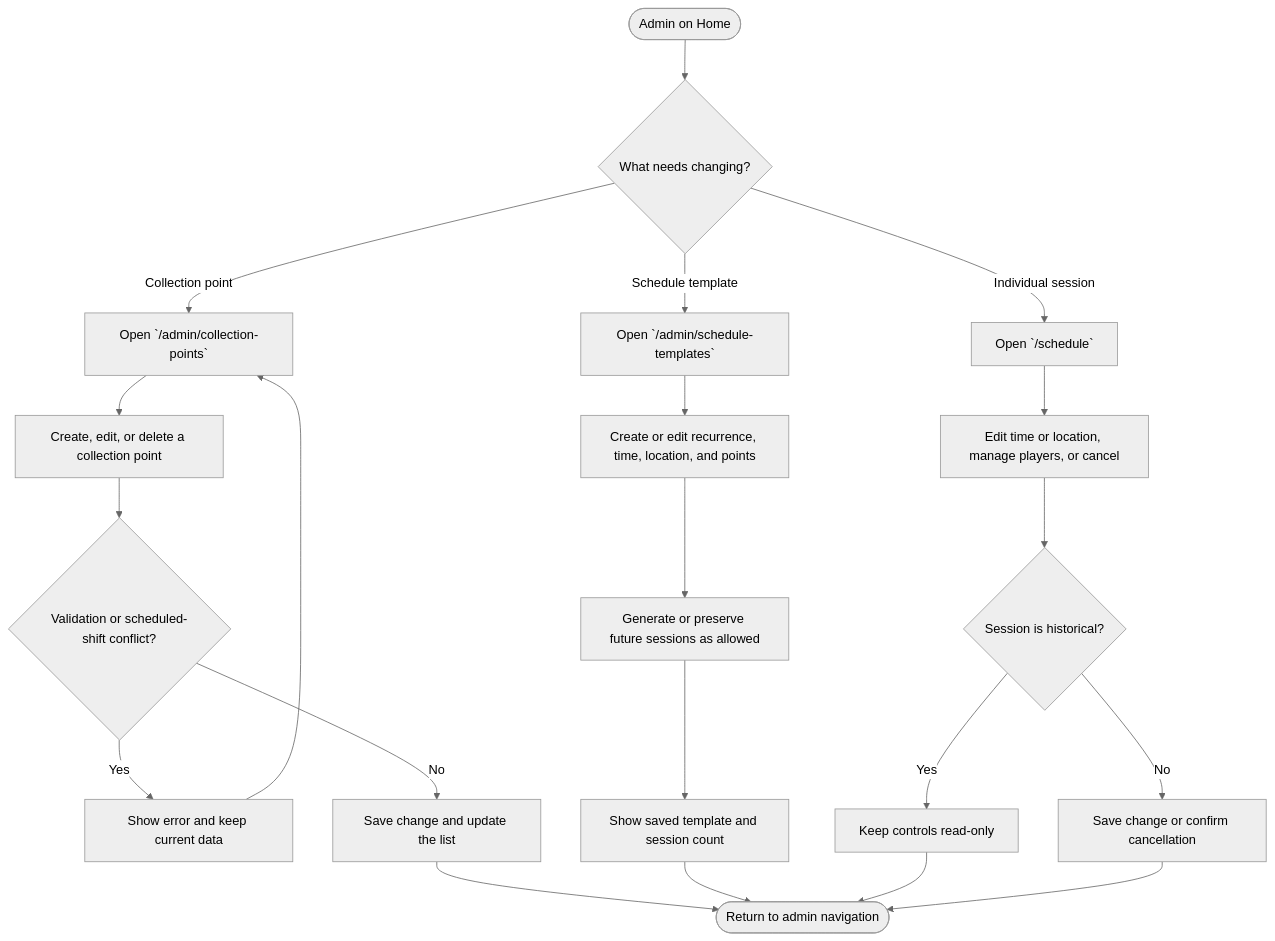
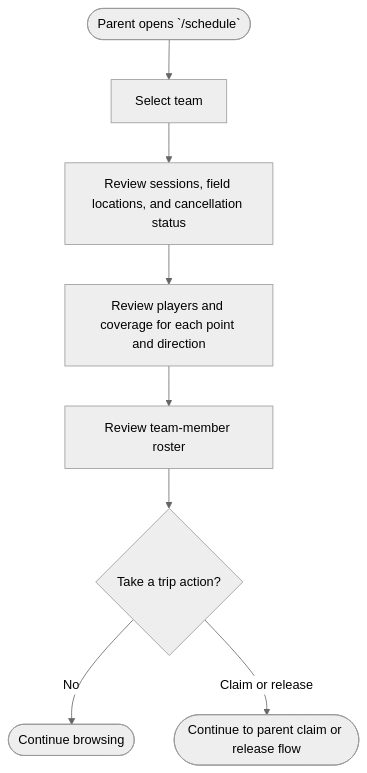
Diagram 17 of 21 in docs/flow-charts.md (kazes5/soccer), drawn with Mermaid (neutral theme) before and after one commit. The commit also changed other lines of this file and 1 other file, not shown here.

Commit message:
Split admin and parent flows and refine Hebrew copy

````diff
--- a/docs/flow-charts.md
+++ b/docs/flow-charts.md
@@ -85,23 +326,10 @@
 ```mermaid
 flowchart TD
-    A([Admin on Home]) --> B{What needs changing?}
-    B -->|Collection point| C[Open `/admin/collection-points`]
-    C --> D[Create, edit, or delete a collection point]
-    D --> E{Validation or scheduled-shift conflict?}
-    E -->|Yes| F[Show error and keep current data]
-    F --> C
-    E -->|No| G[Save change and update the list]
-    B -->|Schedule template| H[Open `/admin/schedule-templates`]
-    H --> I[Create or edit recurrence, time, location, and points]
-    I --> J[Generate or preserve future sessions as allowed]
-    J --> K[Show saved template and session count]
-    B -->|Individual session| L[Open `/schedule`]
-    L --> M[Edit time or location, manage players, or cancel]
-    M --> N{Session is historical?}
-    N -->|Yes| O[Keep controls read-only]
-    N -->|No| P[Save change or confirm cancellation]
-    G --> Q([Return to admin navigation])
-    K --> Q
-    O --> Q
-    P --> Q
+    A([Parent opens `/schedule`]) --> B[Select team]
+    B --> C[Review sessions, field locations, and cancellation status]
+    C --> D[Review players and coverage for each point and direction]
+    D --> E[Review team-member roster]
+    E --> F{Take a trip action?}
+    F -->|No| G([Continue browsing])
+    F -->|Claim or release| H([Continue to parent claim or release flow])
 ```
````
